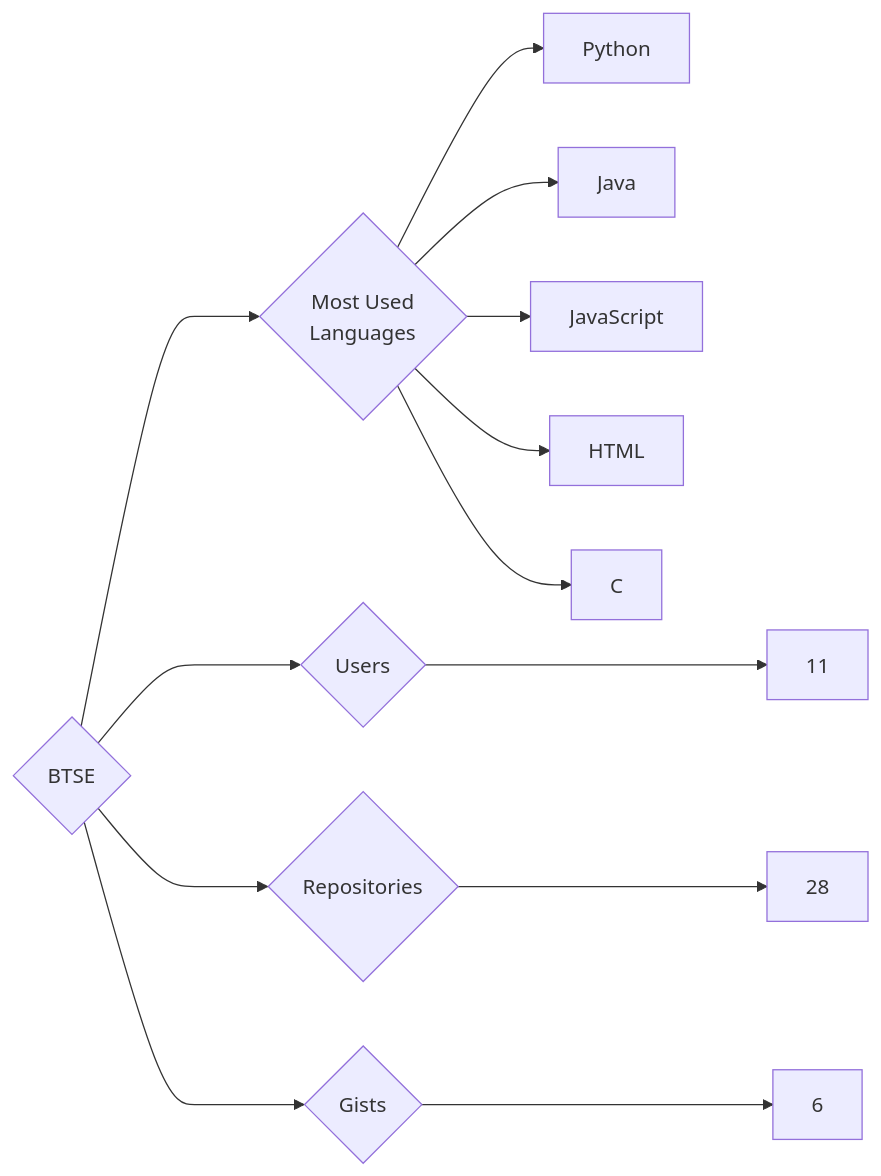
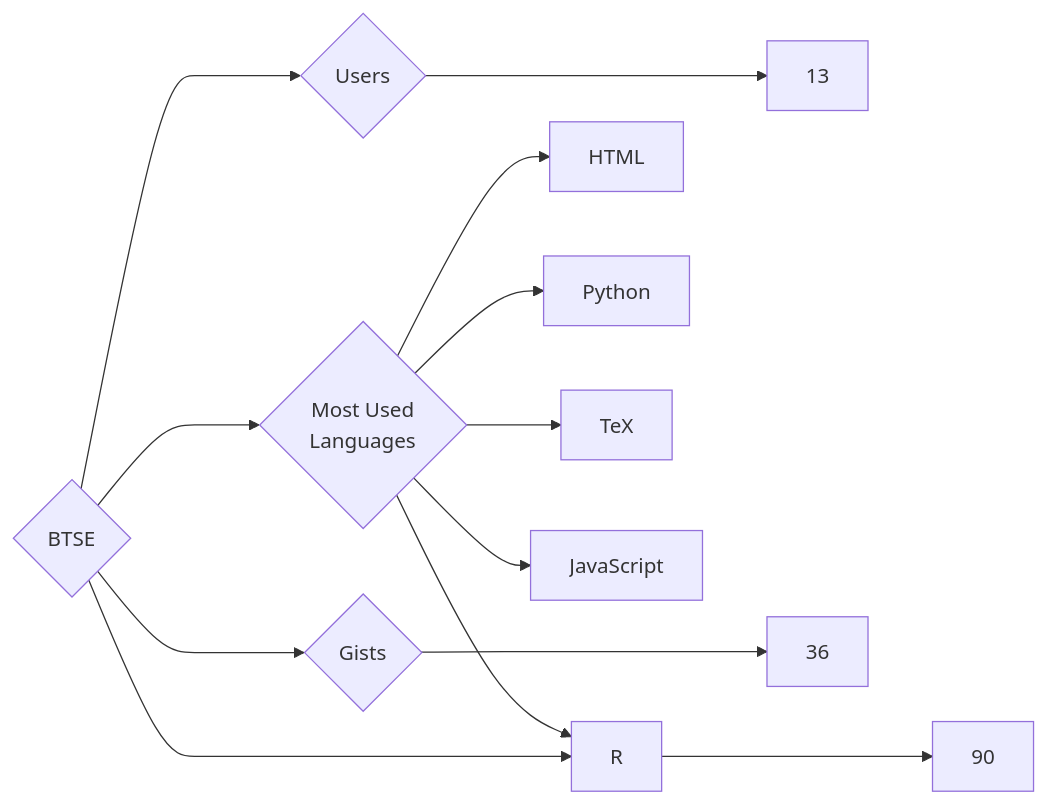
The diagram in targets/BTSE/README.md (trickest/insiders), drawn with Mermaid before and after one commit. The commit also changed 783 other files, not shown here.

````diff
--- a/targets/BTSE/README.md
+++ b/targets/BTSE/README.md
@@ -3,13 +3,13 @@
 ```mermaid
 graph LR
 COMPANY_NAME{BTSE}
-COMPANY_NAME ---> U{Users} ---> UN[11]
-COMPANY_NAME ---> R{Repositories} ---> RN[28]
-COMPANY_NAME ---> G{Gists} ---> GN[6]
+COMPANY_NAME ---> U{Users} ---> UN[13]
+COMPANY_NAME ---> R{Repositories} ---> RN[90]
+COMPANY_NAME ---> G{Gists} ---> GN[36]
 COMPANY_NAME ---> ML{Most Used<br>Languages}
+ML --> HTML[HTML]
+ML --> R[R]
 ML --> Python[Python]
-ML --> Java[Java]
+ML --> TeX[TeX]
 ML --> JavaScript[JavaScript]
-ML --> HTML[HTML]
-ML --> C[C]
 ```
````
